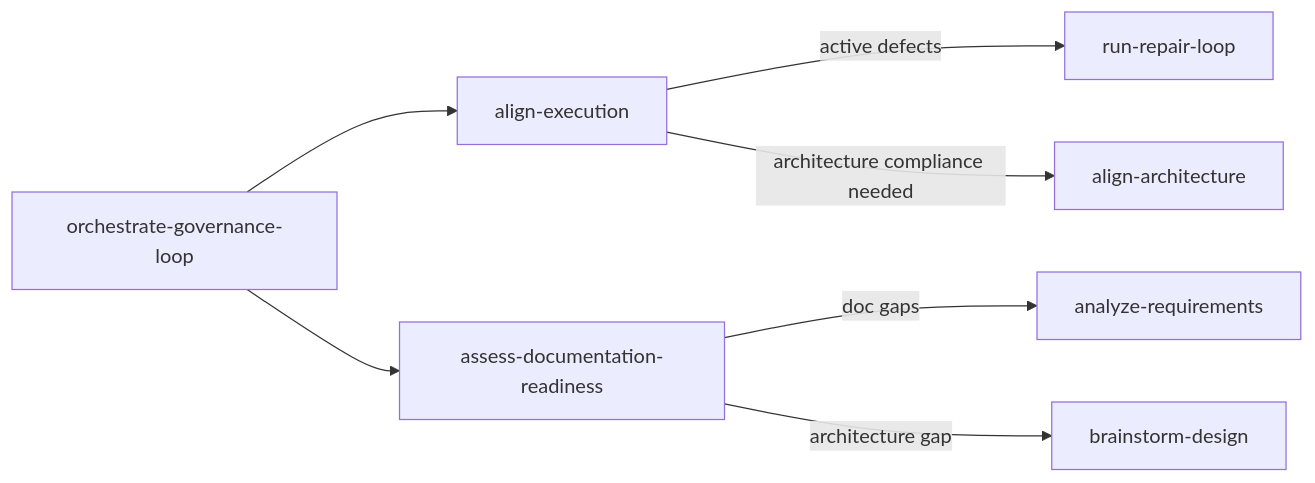
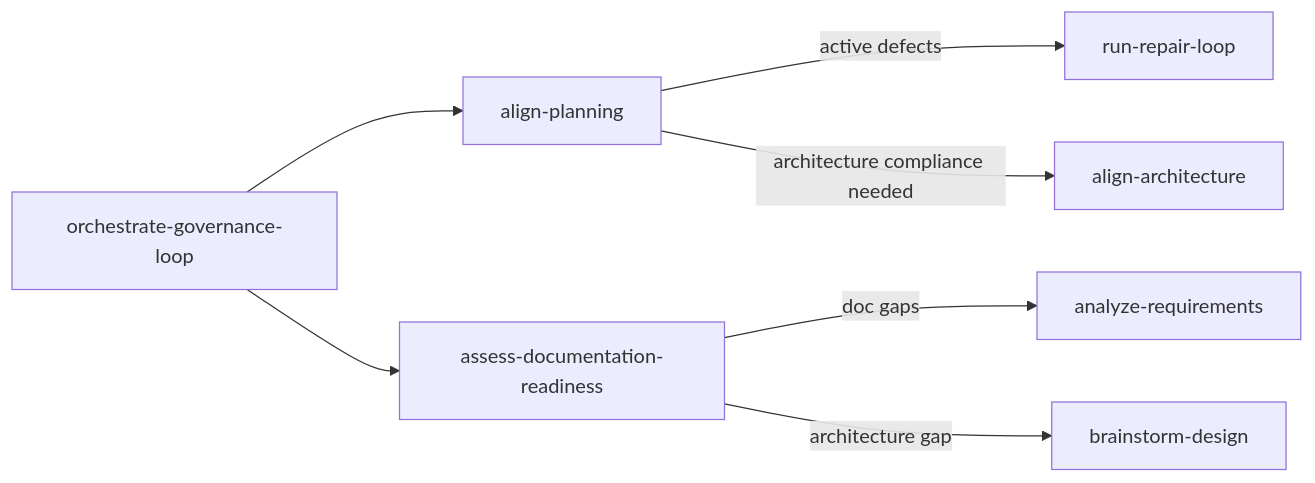
Before and after one commit to nesnilnehc/ai-cortex: the sixth of 6 diagrams in skills/skillgraph.md, drawn with Mermaid. The commit also changed other lines of this file and 20 other files, not shown here.

First line of the commit message:
refactor(skills): rename align-execution to align-planning for semantic clarity

````diff
--- a/skills/skillgraph.md
+++ b/skills/skillgraph.md
@@ -246,17 +246,17 @@
 ```mermaid
 flowchart LR
   loop[orchestrate-governance-loop]
-  align[align-execution]
+  align[align-planning]
   alignarch[align-architecture]
   docreadiness[assess-documentation-readiness]
   req[analyze-requirements]
   design[brainstorm-design]
   repair[run-repair-loop]
 
   loop --> align
   loop --> docreadiness
   align -->|active defects| repair
   align -->|architecture compliance needed| alignarch
   docreadiness -->|doc gaps| req
   docreadiness -->|architecture gap| design
 ```
````
